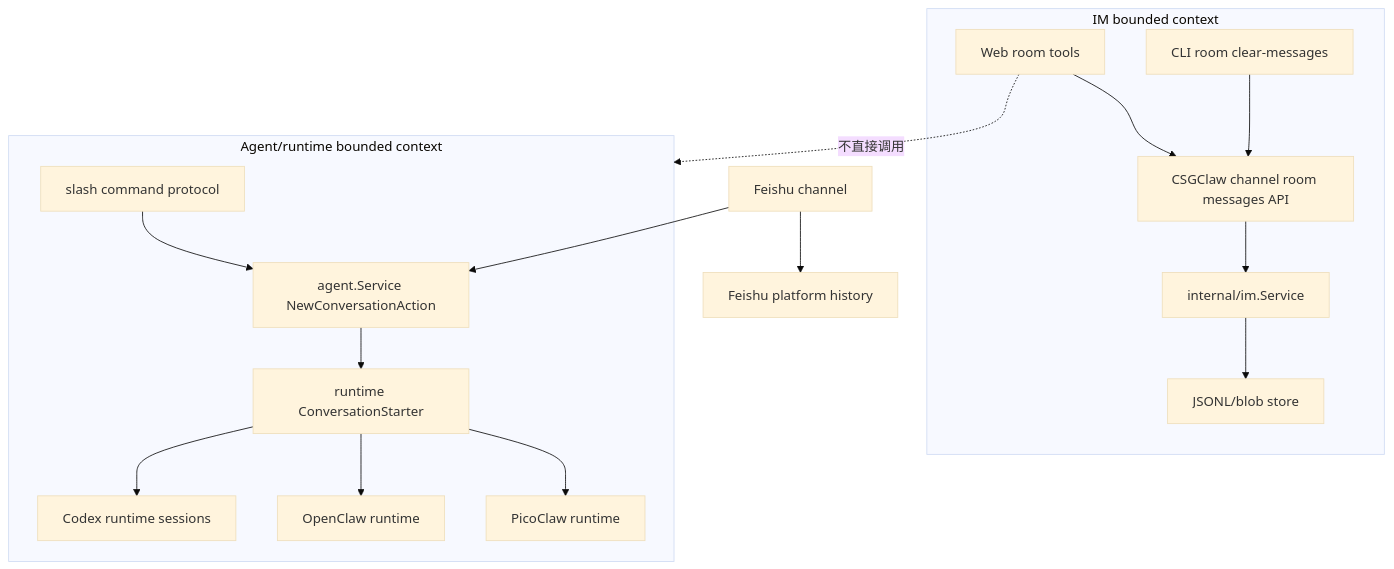
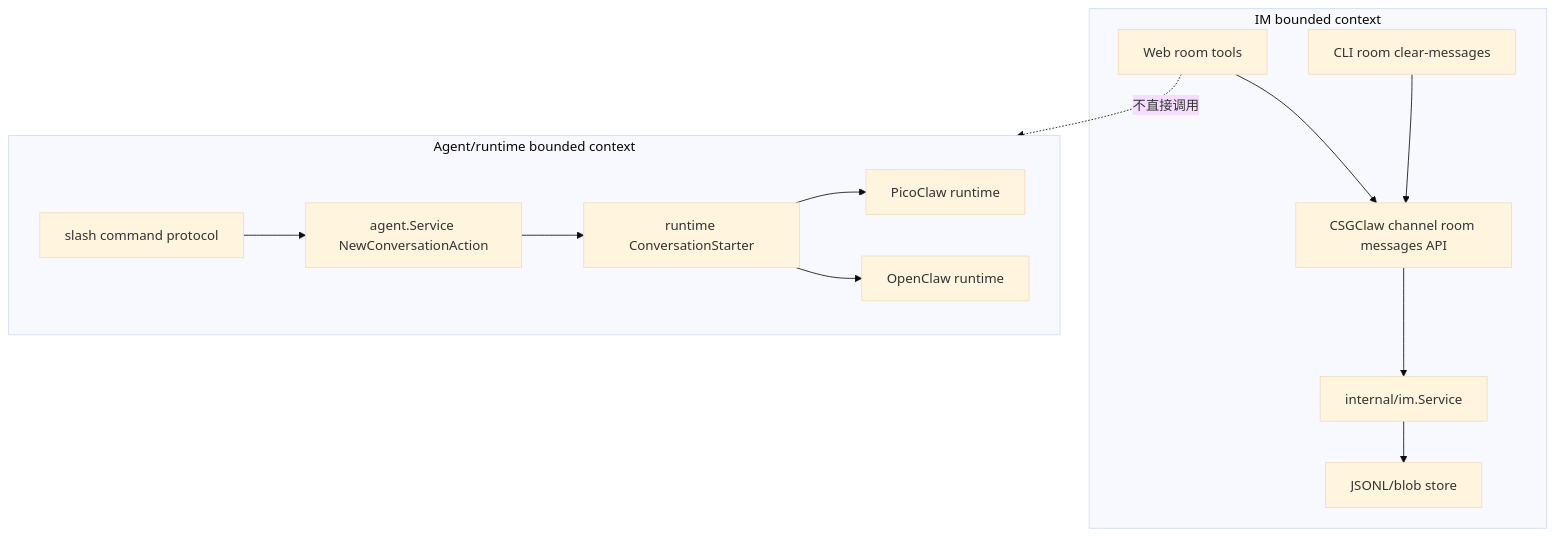
One commit to GatewayJ/csgclaw changed the third of 3 diagrams in docs/im/im-chat-agent-history-cleanup.zh.md. Above: the diagram before and after it, drawn with Mermaid (base theme). The commit also changed other lines of this file and 8 other files, not shown here.

Commit message:
fix(im): scope agent reset to csgclaw channel

````diff
--- a/docs/im/im-chat-agent-history-cleanup.zh.md
+++ b/docs/im/im-chat-agent-history-cleanup.zh.md
@@ -630,29 +485,25 @@
 ```mermaid
 flowchart TB
   subgraph IM["IM bounded context"]
     UI["Web room tools"]
     CLI["CLI room clear-messages"]
     API["CSGClaw channel room messages API"]
     IMSvc["internal/im.Service"]
     Store["JSONL/blob store"]
   end
 
   subgraph Agent["Agent/runtime bounded context"]
     Slash["slash command protocol"]
     AgentSvc["agent.Service NewConversationAction"]
     Capability["runtime ConversationStarter"]
     Pico["PicoClaw runtime"]
     Open["OpenClaw runtime"]
-    Codex["Codex runtime sessions"]
   end
 
   UI --> API --> IMSvc --> Store
   CLI --> API
-  Feishu["Feishu channel"] --> FeishuHistory["Feishu platform history"]
-  Feishu --> AgentSvc
   UI -. "不直接调用" .-> Agent
   Slash --> AgentSvc --> Capability
   Capability --> Pico
   Capability --> Open
-  Capability --> Codex
 ```
````
